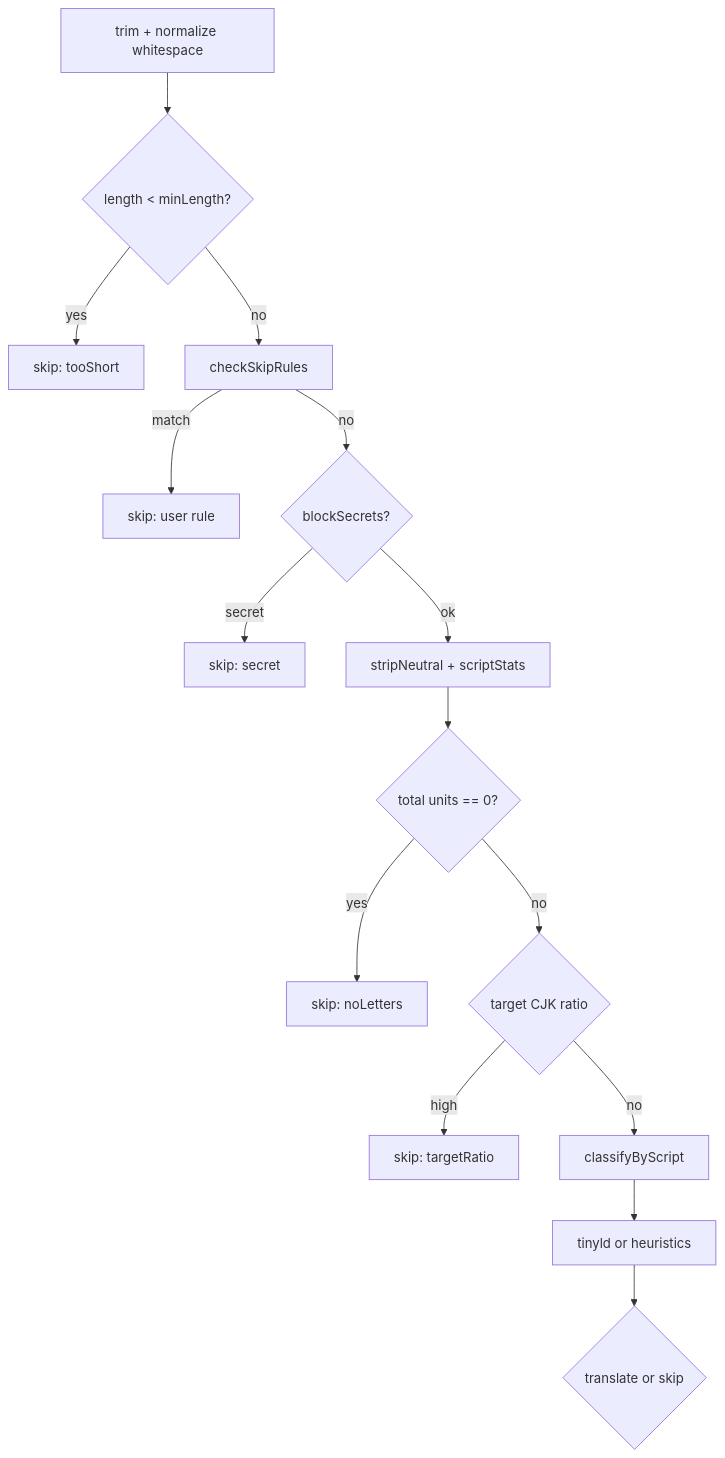
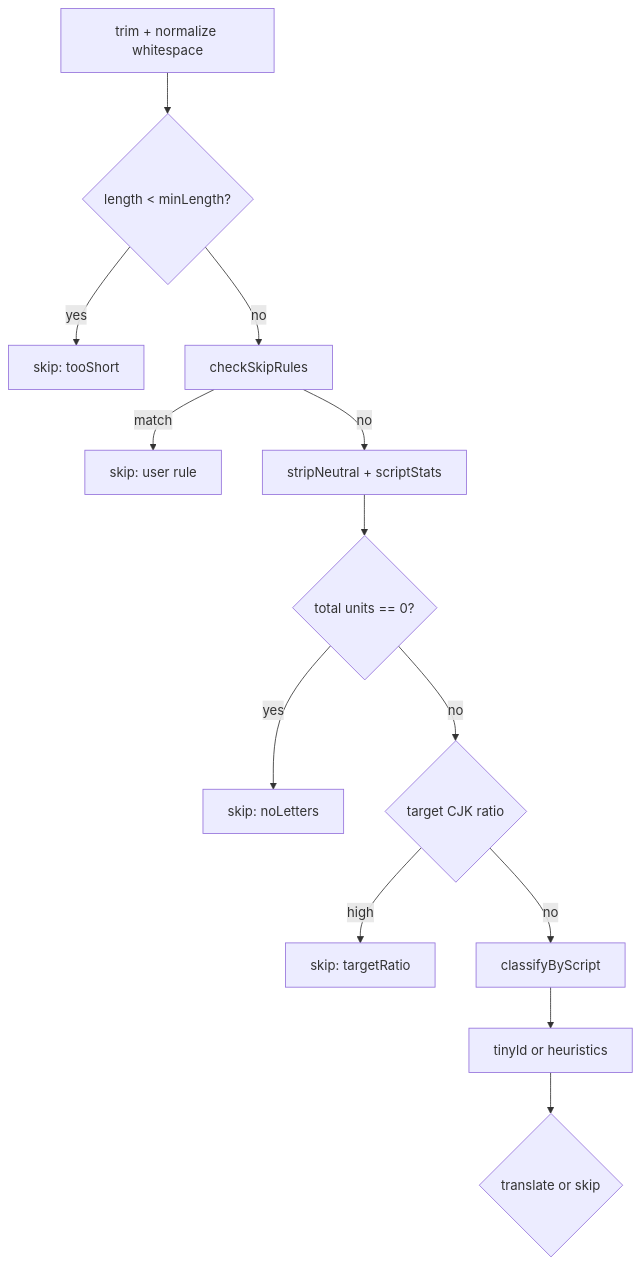
One commit to samuelj1519/lingua-lens changed the diagram in docs/en/explanation/detection.md. Above: the diagram before and after it, drawn with Mermaid. The commit also changed other lines of this file and 100 other files, not shown here.

First line of the commit message:
fix(secrets): keep API key in SecretStorage only and never log key material (0.7.6)

````diff
--- a/docs/en/explanation/detection.md
+++ b/docs/en/explanation/detection.md
@@ -40,17 +39,15 @@
 ```mermaid
 flowchart TD
   T[trim + normalize whitespace] --> L{length < minLength?}
   L -->|yes| S1[skip: tooShort]
   L -->|no| R[checkSkipRules]
   R -->|match| S2[skip: user rule]
-  R -->|no| SEC{blockSecrets?}
-  SEC -->|secret| S3[skip: secret]
-  SEC -->|ok| CORE[stripNeutral + scriptStats]
+  R -->|no| CORE[stripNeutral + scriptStats]
   CORE --> Z{total units == 0?}
   Z -->|yes| S4[skip: noLetters]
   Z -->|no| TR{target CJK ratio}
   TR -->|high| S5[skip: targetRatio]
   TR -->|no| CLS[classifyByScript]
   CLS --> LD[tinyld or heuristics]
   LD --> OUT{translate or skip}
 ```
````
